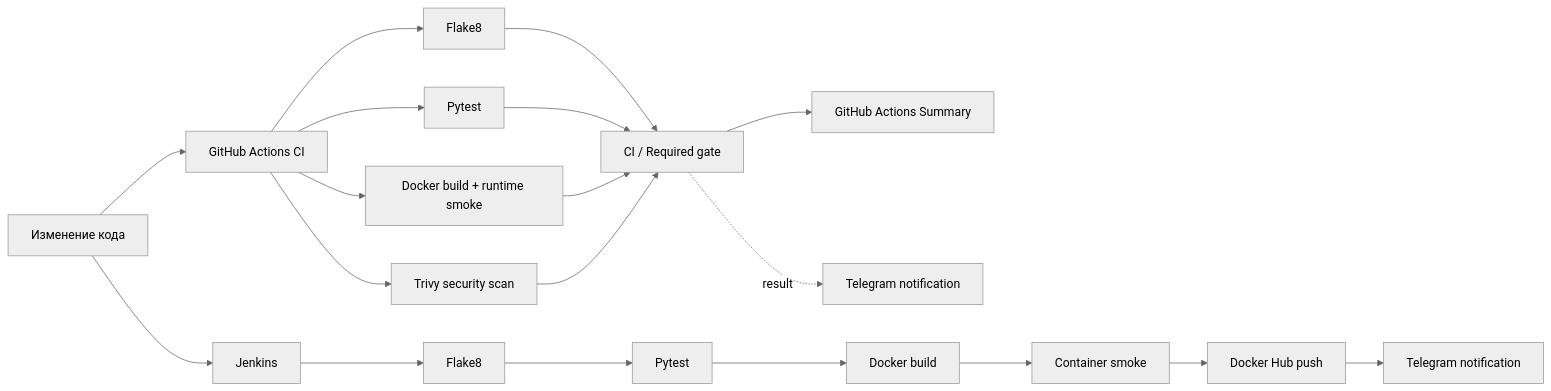
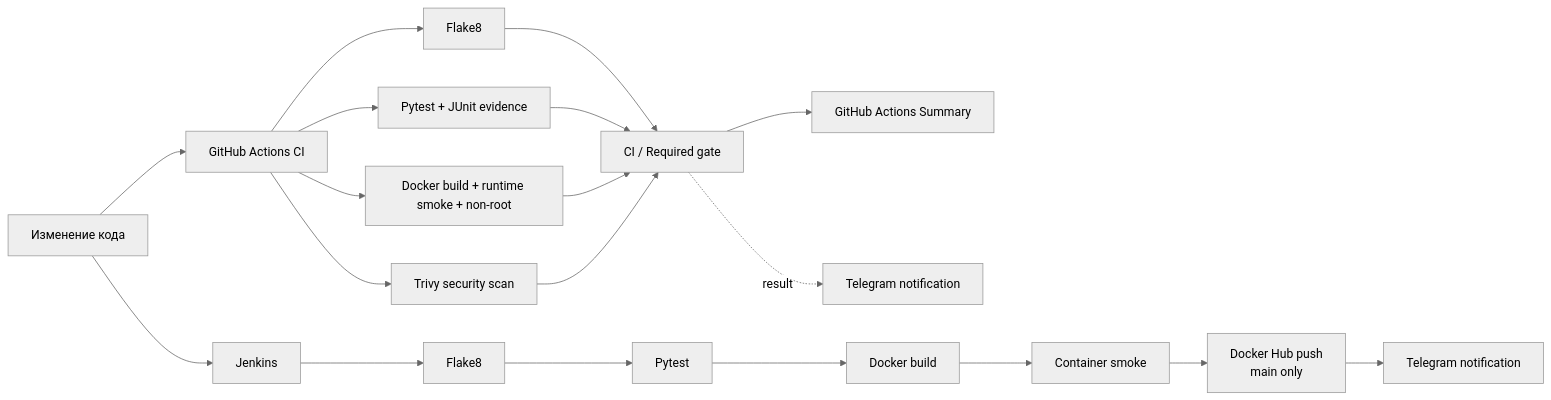
Before and after one commit to TokhirjonYuldoshev/my-docker-project: the diagram in README.md, drawn with Mermaid (neutral theme). The commit also changed other lines of this file, not shown here.

Commit message:
docs: sync CI evidence and main-only delivery policy

````diff
--- a/README.md
+++ b/README.md
@@ -13,22 +13,22 @@
 ```mermaid
 flowchart LR
     C[Изменение кода] --> GH[GitHub Actions CI]
     GH --> Q1[Flake8]
-    GH --> T1[Pytest]
-    GH --> D1[Docker build + runtime smoke]
+    GH --> T1[Pytest + JUnit evidence]
+    GH --> D1[Docker build + runtime smoke + non-root]
     GH --> V1[Trivy security scan]
     Q1 --> G[CI / Required gate]
     T1 --> G
     D1 --> G
     V1 --> G
     G --> S[GitHub Actions Summary]
     G -. result .-> TG[Telegram notification]
 
     C --> J[Jenkins]
     J --> Q2[Flake8]
     Q2 --> T2[Pytest]
     T2 --> B2[Docker build]
     B2 --> S2[Container smoke]
-    S2 --> H[Docker Hub push]
+    S2 --> H[Docker Hub push\nmain only]
     H --> N[Telegram notification]
 ```
````
